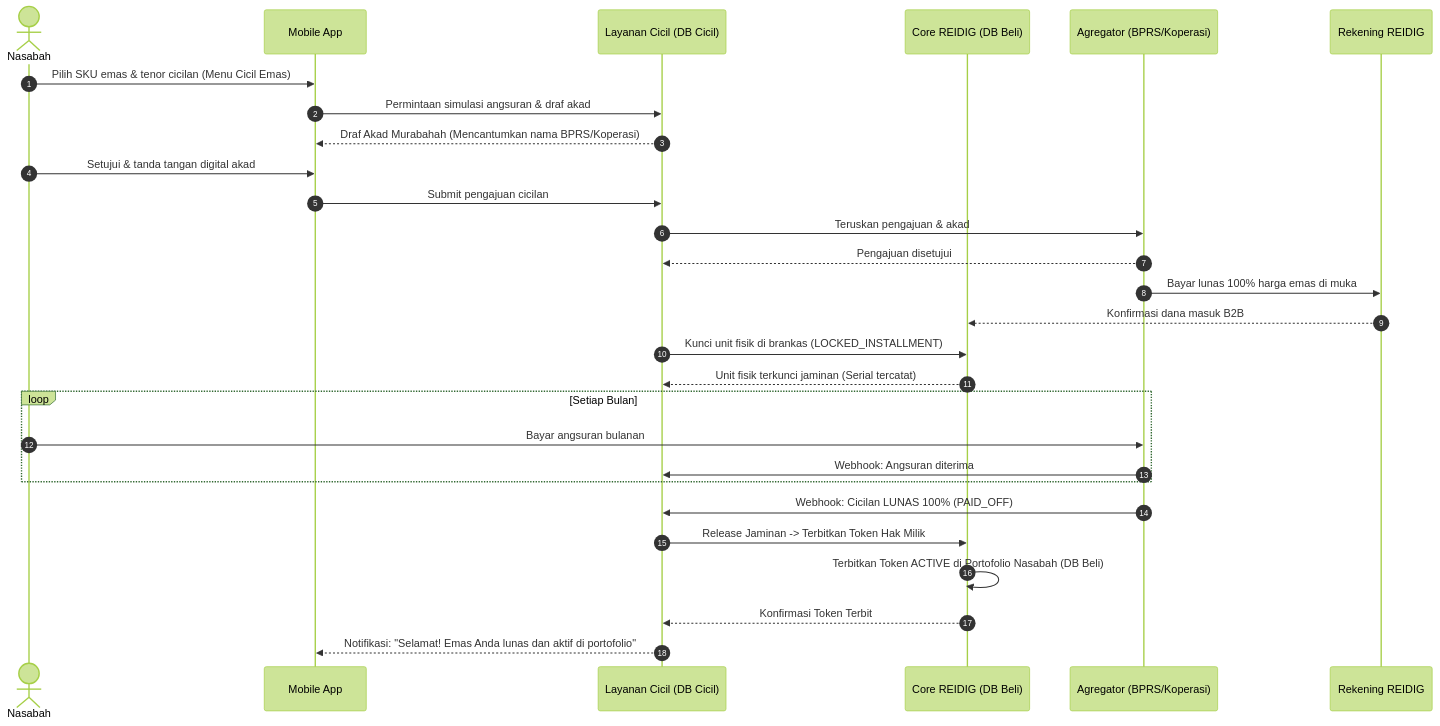
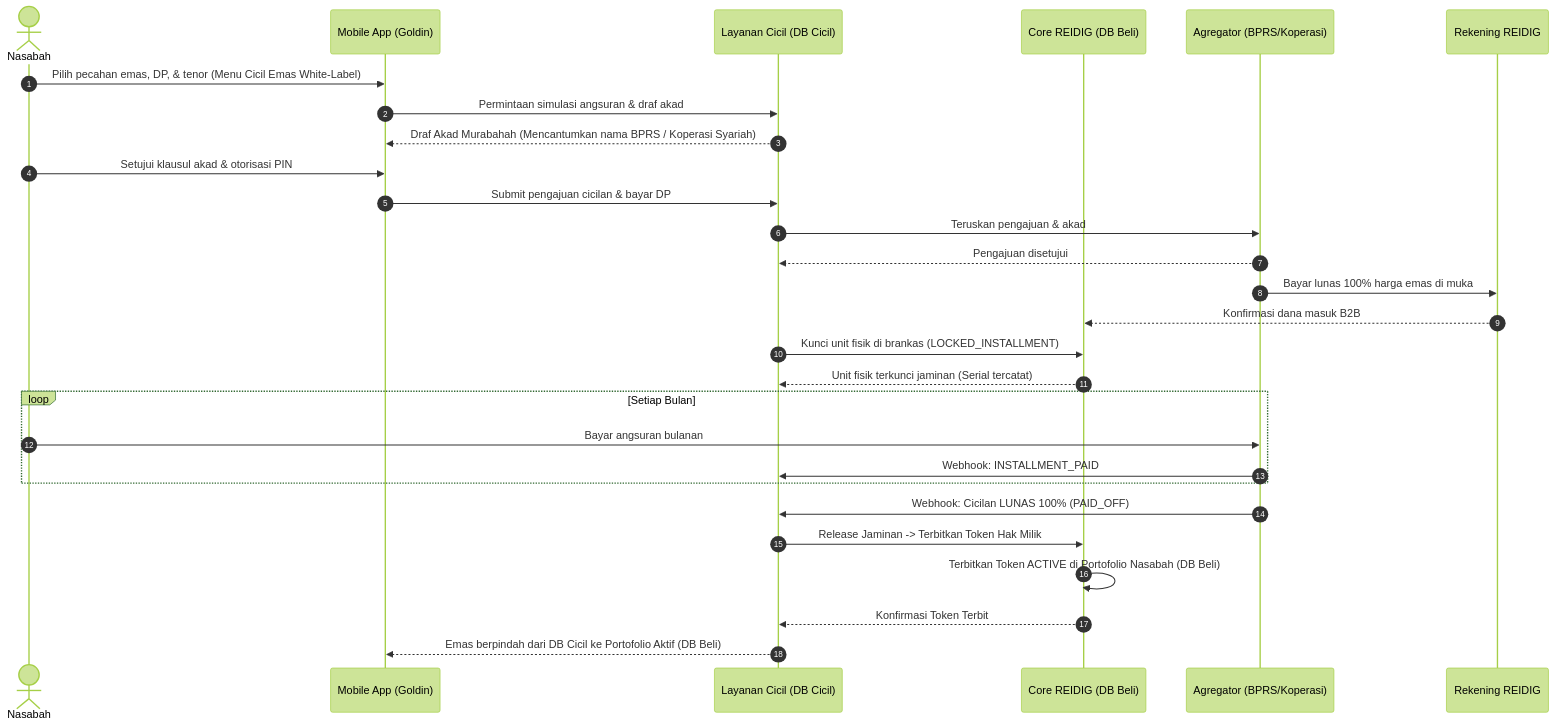
One commit to rajaemas2025/reidigi changed the third of 3 diagrams in docs/spesifikasi-backend.md. Above: the diagram before and after it, drawn with Mermaid (forest theme). The commit also changed other lines of this file and 41 other files, not shown here.

````diff
--- a/docs/spesifikasi-backend.md
+++ b/docs/spesifikasi-backend.md
@@ -269,31 +332,31 @@
 ```mermaid
 sequenceDiagram
   autonumber
   actor User as Nasabah
-  participant App as Mobile App
+  participant App as Mobile App (Goldin)
   participant InstEngine as Layanan Cicil (DB Cicil)
   participant Core as Core REIDIG (DB Beli)
   participant Aggregator as Agregator (BPRS/Koperasi)
   participant Escrow as Rekening REIDIG
 
-  User->>App: Pilih SKU emas & tenor cicilan (Menu Cicil Emas)
+  User->>App: Pilih pecahan emas, DP, & tenor (Menu Cicil Emas White-Label)
   App->>InstEngine: Permintaan simulasi angsuran & draf akad
-  InstEngine-->>App: Draf Akad Murabahah (Mencantumkan nama BPRS/Koperasi)
-  User->>App: Setujui & tanda tangan digital akad
-  App->>InstEngine: Submit pengajuan cicilan
+  InstEngine-->>App: Draf Akad Murabahah (Mencantumkan nama BPRS / Koperasi Syariah)
+  User->>App: Setujui klausul akad & otorisasi PIN
+  App->>InstEngine: Submit pengajuan cicilan & bayar DP
   InstEngine->>Aggregator: Teruskan pengajuan & akad
   Aggregator-->>InstEngine: Pengajuan disetujui
   Aggregator->>Escrow: Bayar lunas 100% harga emas di muka
   Escrow-->>Core: Konfirmasi dana masuk B2B
   InstEngine->>Core: Kunci unit fisik di brankas (LOCKED_INSTALLMENT)
   Core-->>InstEngine: Unit fisik terkunci jaminan (Serial tercatat)
   loop Setiap Bulan
     User->>Aggregator: Bayar angsuran bulanan
-    Aggregator->>InstEngine: Webhook: Angsuran diterima
+    Aggregator->>InstEngine: Webhook: INSTALLMENT_PAID
   end
   Aggregator->>InstEngine: Webhook: Cicilan LUNAS 100% (PAID_OFF)
   InstEngine->>Core: Release Jaminan -> Terbitkan Token Hak Milik
   Core->>Core: Terbitkan Token ACTIVE di Portofolio Nasabah (DB Beli)
   Core-->>InstEngine: Konfirmasi Token Terbit
-  InstEngine-->>App: Notifikasi: "Selamat! Emas Anda lunas dan aktif di portofolio"
+  InstEngine-->>App: Emas berpindah dari DB Cicil ke Portofolio Aktif (DB Beli)
 ```
````
